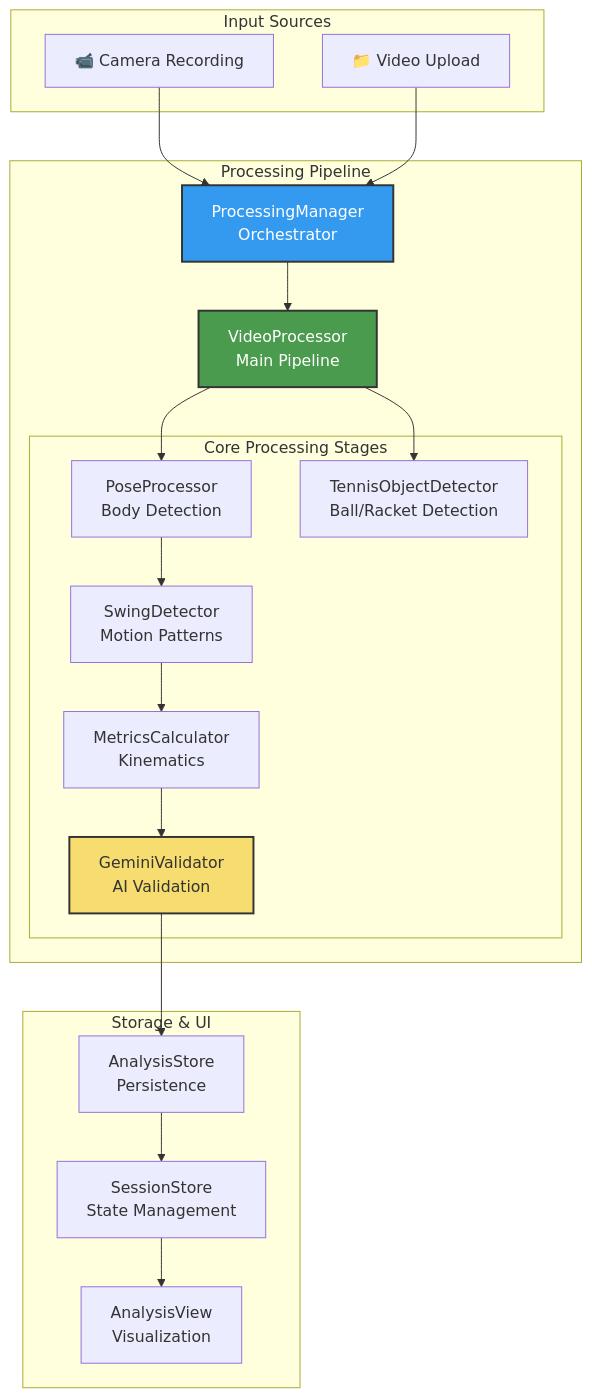
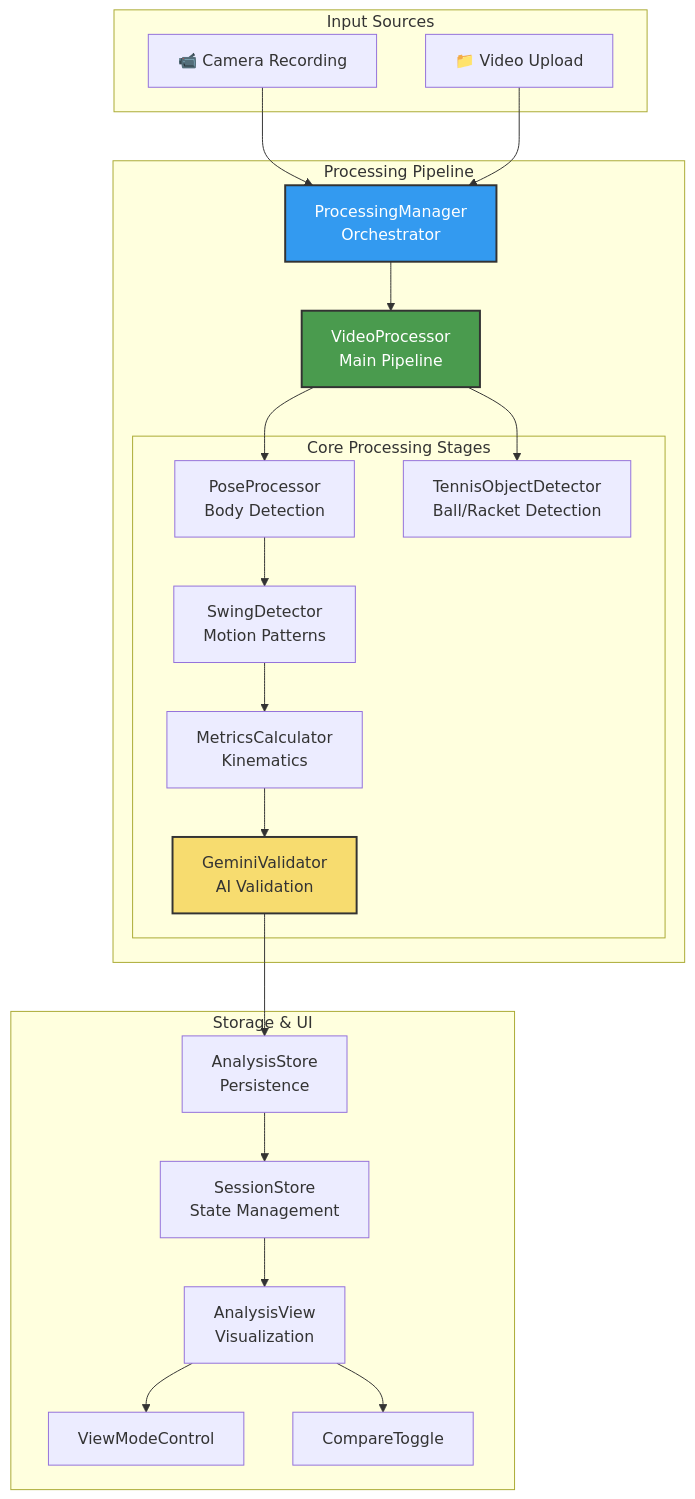
The second of 10 diagrams in docs/0.4 Video Processing Architecture.md (victorzhrn/swingmaster), drawn with Mermaid before and after one commit. The commit also changed other lines of this file and 7 other files, not shown here.

First line of the commit message:
Enhance Analysis View with Unified View Mode Control and Keyframe Tabs

````diff
--- a/docs/0.4 Video Processing Architecture.md
+++ b/docs/0.4 Video Processing Architecture.md
@@ -96,42 +100,46 @@
 ```mermaid
 flowchart TB
     subgraph "Input Sources"
         CAM[📹 Camera Recording]
         UPLOAD[📁 Video Upload]
     end
     
     subgraph "Processing Pipeline"
         PM[ProcessingManager<br/>Orchestrator]
         VP[VideoProcessor<br/>Main Pipeline]
         
         subgraph "Core Processing Stages"
             POSE[PoseProcessor<br/>Body Detection]
             OBJ[TennisObjectDetector<br/>Ball/Racket Detection]
             SWING[SwingDetector<br/>Motion Patterns]
             METRICS[MetricsCalculator<br/>Kinematics]
             VALID[GeminiValidator<br/>AI Validation]
         end
     end
     
     subgraph "Storage & UI"
         STORE[AnalysisStore<br/>Persistence]
         SESSION[SessionStore<br/>State Management]
         UI[AnalysisView<br/>Visualization]
+        VMC[ViewModeControl]
+        CT[CompareToggle]
     end
     
     CAM --> PM
     UPLOAD --> PM
     PM --> VP
     VP --> POSE
     VP --> OBJ
     POSE --> SWING
     SWING --> METRICS
     METRICS --> VALID
     VALID --> STORE
     STORE --> SESSION
     SESSION --> UI
+    UI --> VMC
+    UI --> CT
     
     style VP fill:#4A9B4E,stroke:#333,stroke-width:2px,color:#fff
     style PM fill:#339af0,stroke:#333,stroke-width:2px,color:#fff
     style VALID fill:#F7DC6F,stroke:#333,stroke-width:2px
 ```
````
